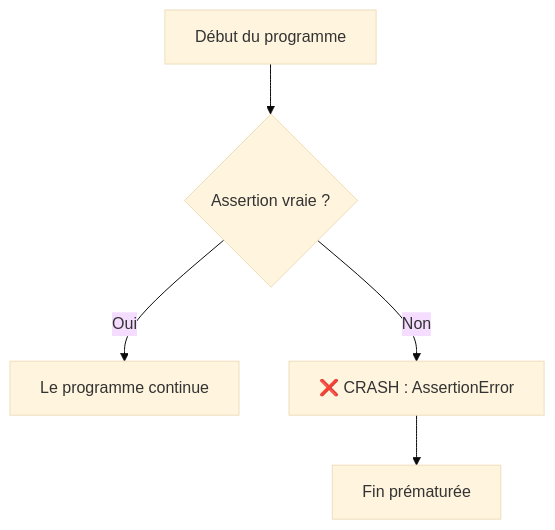
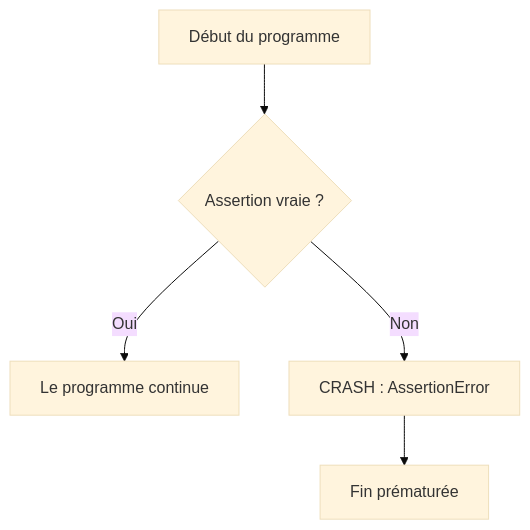
The diagram in content/2/python_exercices_specifications.md (ClementBraunNSI/Nsi-app), drawn with Mermaid (base theme) before and after one commit. The commit also changed other lines of this file and 319 other files, not shown here.

````diff
--- a/content/2/python_exercices_specifications.md
+++ b/content/2/python_exercices_specifications.md
@@ -23,7 +23,7 @@
 ```mermaid
 graph TD
     A[Début du programme] --> B{Assertion vraie ?}
     B -- Oui --> C[Le programme continue]
-    B -- Non --> D[❌ CRASH : AssertionError]
+    B -- Non --> D[CRASH : AssertionError]
     D --> E[Fin prématurée]
 ```
````
